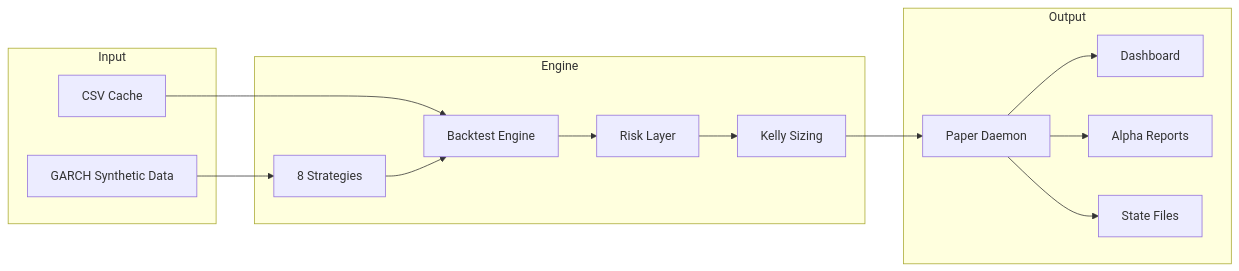
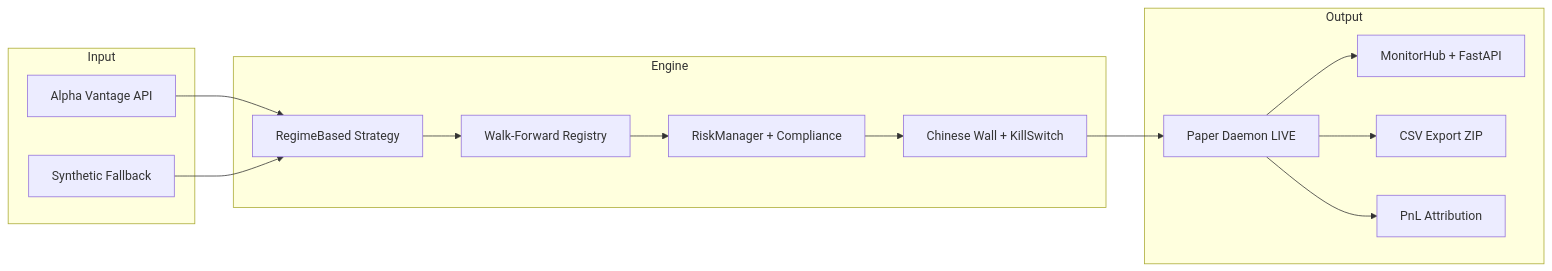
The second of 2 diagrams in README.md (mulkymalikuldhrs/Quant-Nanggroe-AI), drawn with Mermaid before and after one commit. The commit also changed other lines of this file and 2 other files, not shown here.

````diff
--- a/README.md
+++ b/README.md
@@ -40,28 +41,28 @@
-```mermaid
-flowchart LR
-    subgraph Input
-        A[GARCH Synthetic Data]
-        B[CSV Cache]
-    end
-    subgraph Engine
-        C[8 Strategies]
-        D[Backtest Engine]
-        E[Risk Layer]
-        F[Kelly Sizing]
-    end
-    subgraph Output
-        G[Paper Daemon]
-        H[Dashboard]
-        I[Alpha Reports]
-        J[State Files]
-    end
-    A --> C
-    B --> D
-    C --> D
-    D --> E
-    E --> F
-    F --> G
-    G --> H
-    G --> I
-    G --> J
-```
+ ```mermaid
+ flowchart LR
+     subgraph Input
+         A[Alpha Vantage API]
+         B[Synthetic Fallback]
+     end
+     subgraph Engine
+         C[RegimeBased Strategy]
+         D[Walk-Forward Registry]
+         E[RiskManager + Compliance]
+         F[Chinese Wall + KillSwitch]
+     end
+     subgraph Output
+         G[Paper Daemon LIVE]
+         H[MonitorHub + FastAPI]
+         I[CSV Export ZIP]
+         J[PnL Attribution]
+     end
+     A --> C
+     B --> C
+     C --> D
+     D --> E
+     E --> F
+     F --> G
+     G --> H
+     G --> I
+     G --> J
+ ```
````
